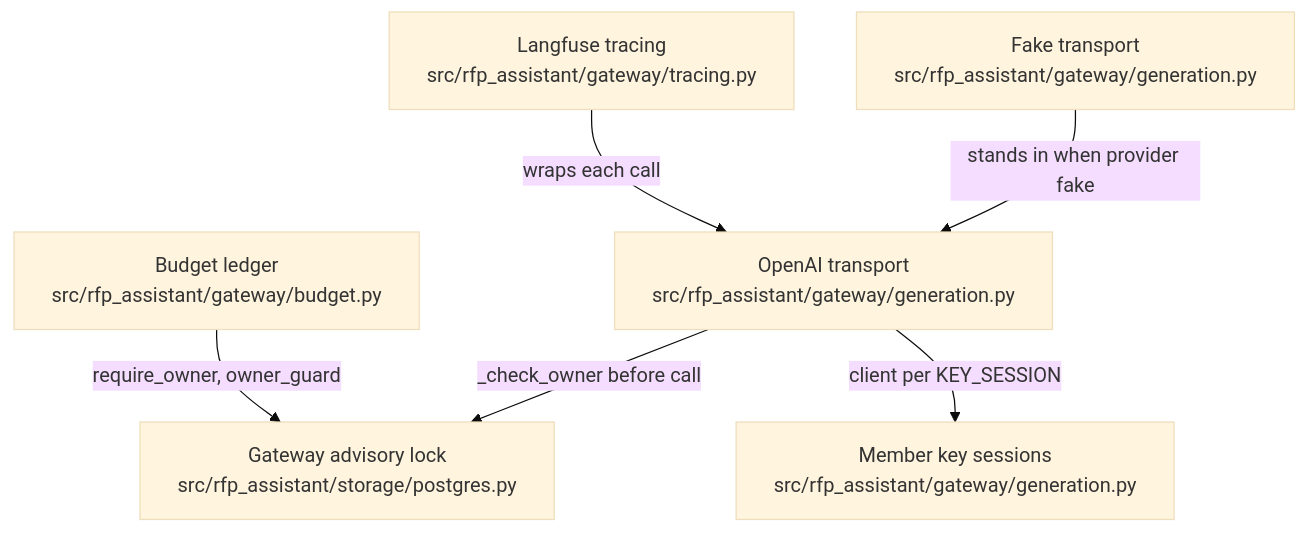
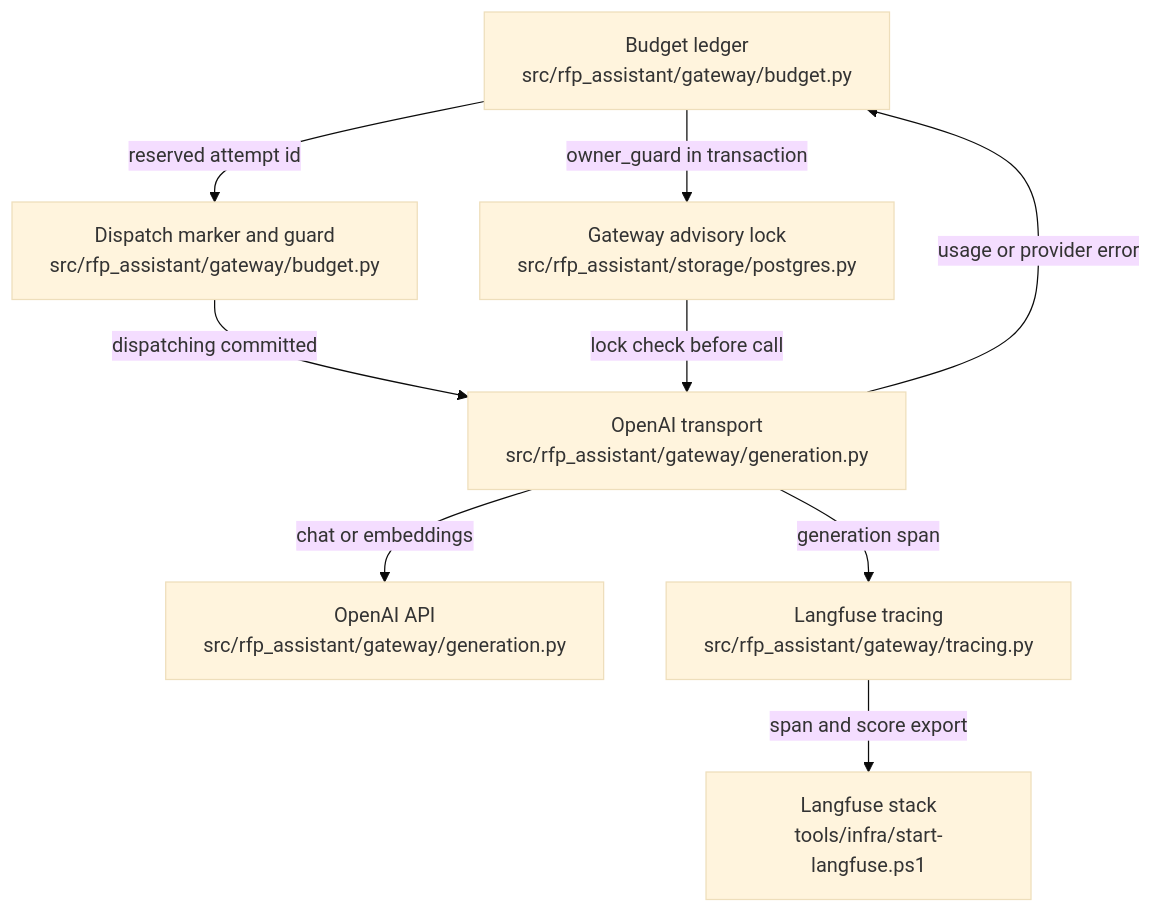
One commit to littleeeeebit/project-codeit-mid changed the diagram in .omm/overall-architecture/paid-gateway/diagram.mmd. Above: the diagram before and after it, drawn with Mermaid (base theme). The commit also changed 359 other files, not shown here.

```diff
--- a/.omm/overall-architecture/paid-gateway/diagram.mmd
+++ b/.omm/overall-architecture/paid-gateway/diagram.mmd
@@ -1,12 +1,16 @@
 graph TD
-  ledger["Budget ledger\nsrc/rfp_assistant/gateway/budget.py"]
-  transport["OpenAI transport\nsrc/rfp_assistant/gateway/generation.py"]
-  key-sessions["Member key sessions\nsrc/rfp_assistant/gateway/generation.py"]
-  owner-lock["Gateway advisory lock\nsrc/rfp_assistant/storage/postgres.py"]
+  budget-ledger["Budget ledger\nsrc/rfp_assistant/gateway/budget.py"]
+  dispatch-guard["Dispatch marker and guard\nsrc/rfp_assistant/gateway/budget.py"]
+  openai-transport["OpenAI transport\nsrc/rfp_assistant/gateway/generation.py"]
+  openai-api["OpenAI API\nsrc/rfp_assistant/gateway/generation.py"]
+  gateway-owner["Gateway advisory lock\nsrc/rfp_assistant/storage/postgres.py"]
   tracing["Langfuse tracing\nsrc/rfp_assistant/gateway/tracing.py"]
-  fake["Fake transport\nsrc/rfp_assistant/gateway/generation.py"]
-  ledger -->|"require_owner, owner_guard"| owner-lock
-  transport -->|"_check_owner before call"| owner-lock
-  transport -->|"client per KEY_SESSION"| key-sessions
-  tracing -->|"wraps each call"| transport
-  fake -->|"stands in when provider fake"| transport
+  langfuse["Langfuse stack\ntools/infra/start-langfuse.ps1"]
+  budget-ledger -->|"reserved attempt id"| dispatch-guard
+  dispatch-guard -->|"dispatching committed"| openai-transport
+  openai-transport -->|"chat or embeddings"| openai-api
+  openai-transport -->|"usage or provider error"| budget-ledger
+  gateway-owner -->|"lock check before call"| openai-transport
+  budget-ledger -->|"owner_guard in transaction"| gateway-owner
+  openai-transport -->|"generation span"| tracing
+  tracing -->|"span and score export"| langfuse
```
